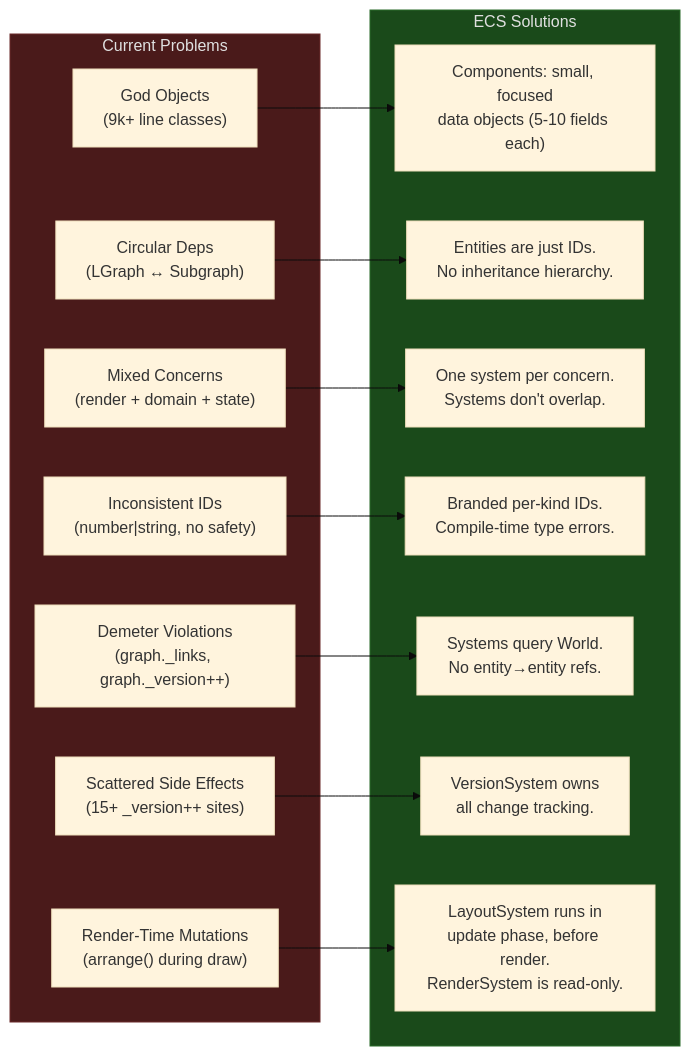
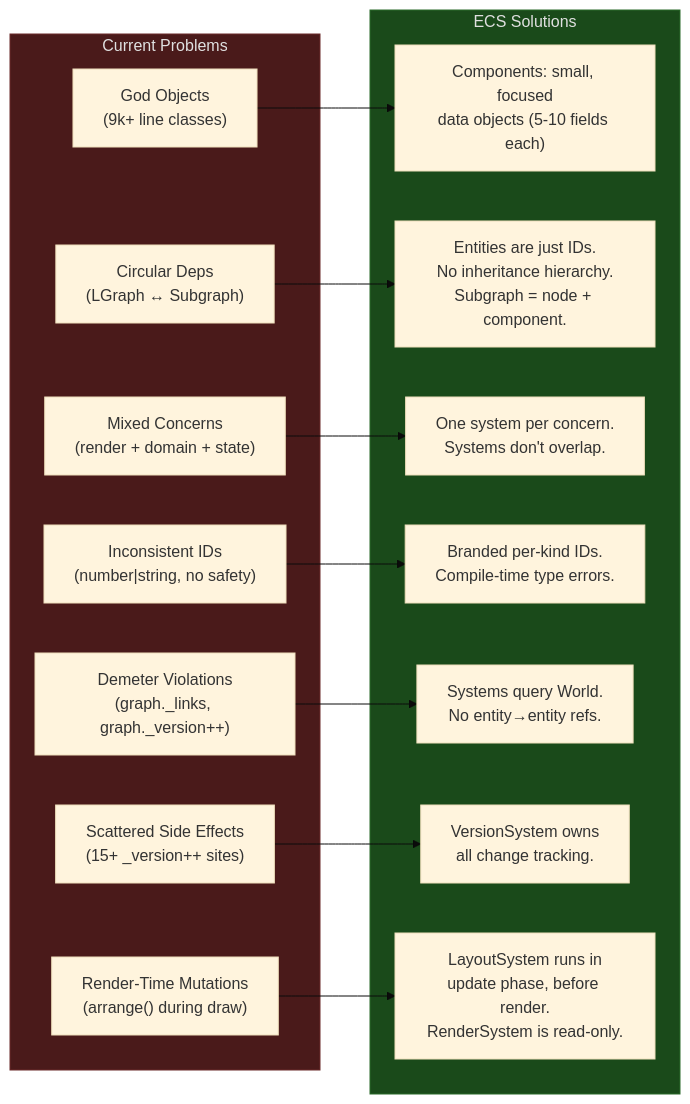
The tenth of 12 diagrams in docs/architecture/ecs-target-architecture.md (Comfy-Org/ComfyUI_frontend), drawn with Mermaid (base theme) before and after one commit. The commit also changed other lines of this file and 6 other files, not shown here.

First line of the commit message:
docs: add subgraph boundaries doc, unify graph model across ECS architecture

````diff
--- a/docs/architecture/ecs-target-architecture.md
+++ b/docs/architecture/ecs-target-architecture.md
@@ -394,48 +399,49 @@
 ```mermaid
 graph LR
     subgraph Problems["Current Problems"]
         P1["God Objects
 (9k+ line classes)"]
         P2["Circular Deps
 (LGraph ↔ Subgraph)"]
         P3["Mixed Concerns
 (render + domain + state)"]
         P4["Inconsistent IDs
 (number|string, no safety)"]
         P5["Demeter Violations
 (graph._links, graph._version++)"]
         P6["Scattered Side Effects
 (15+ _version++ sites)"]
         P7["Render-Time Mutations
 (arrange() during draw)"]
     end
 
     subgraph Solutions["ECS Solutions"]
         S1["Components: small, focused
 data objects (5-10 fields each)"]
         S2["Entities are just IDs.
-No inheritance hierarchy."]
+No inheritance hierarchy.
+Subgraph = node + component."]
         S3["One system per concern.
 Systems don't overlap."]
         S4["Branded per-kind IDs.
 Compile-time type errors."]
         S5["Systems query World.
 No entity→entity refs."]
         S6["VersionSystem owns
 all change tracking."]
         S7["LayoutSystem runs in
 update phase, before render.
 RenderSystem is read-only."]
     end
 
     P1 --> S1
     P2 --> S2
     P3 --> S3
     P4 --> S4
     P5 --> S5
     P6 --> S6
     P7 --> S7
 
     style Problems fill:#4a1a1a,stroke:#6a2a2a,color:#e0e0e0
     style Solutions fill:#1a4a1a,stroke:#2a6a2a,color:#e0e0e0
 ```
````
